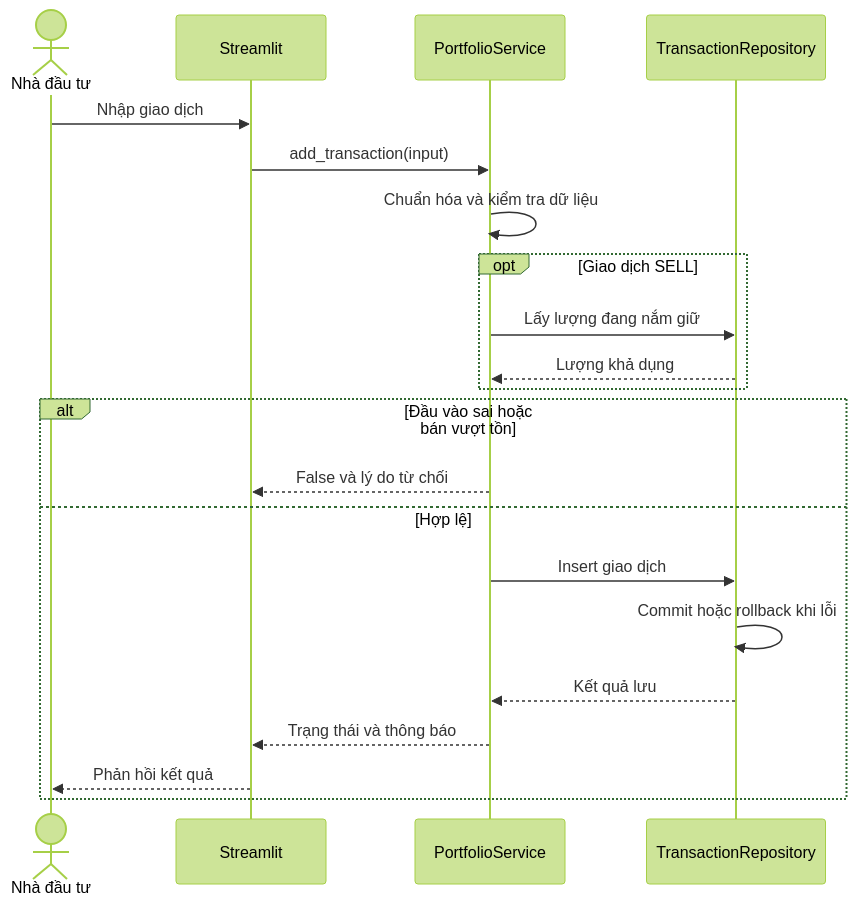
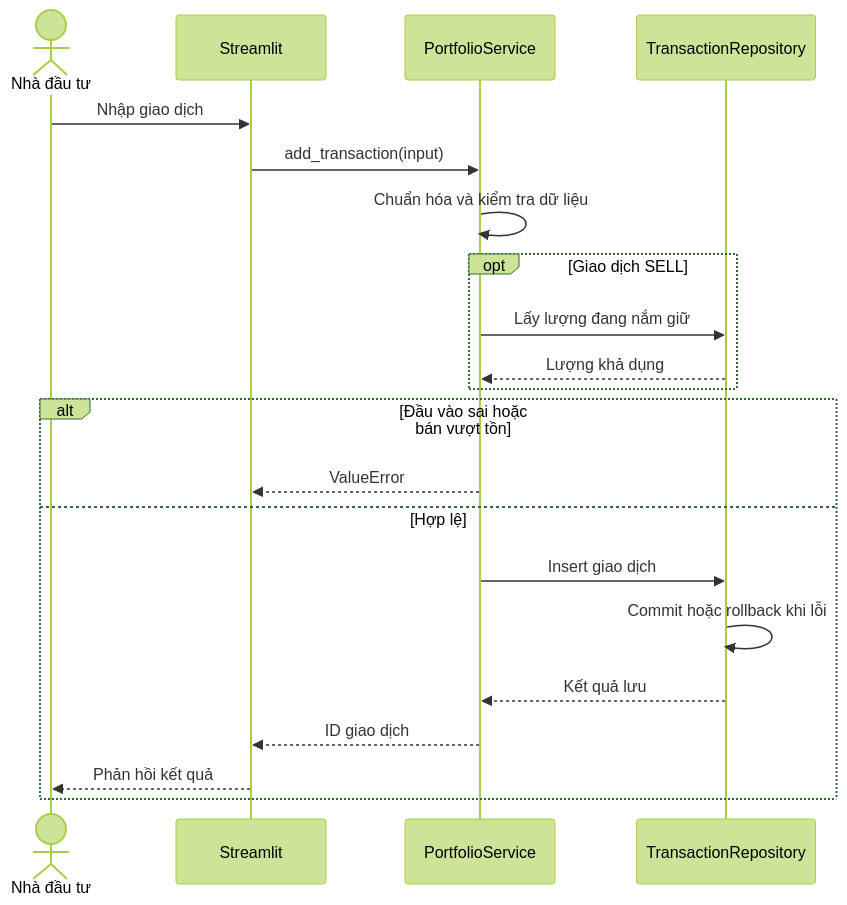
Before and after one commit to hoacangio/python-programming-excercises: the fifth of 7 diagrams in report-theo-doi-chung-khoan/3.phan_tich_thiet_ke.md, drawn with Mermaid (forest theme). The commit also changed other lines of this file and 15 other files, not shown here.

````diff
--- a/report-theo-doi-chung-khoan/3.phan_tich_thiet_ke.md
+++ b/report-theo-doi-chung-khoan/3.phan_tich_thiet_ke.md
@@ -386,23 +382,23 @@
 ```mermaid
 sequenceDiagram
     actor U as Nhà đầu tư
     participant UI as Streamlit
     participant S as PortfolioService
     participant R as TransactionRepository
     U->>UI: Nhập giao dịch
     UI->>S: add_transaction(input)
     S->>S: Chuẩn hóa và kiểm tra dữ liệu
     opt Giao dịch SELL
         S->>R: Lấy lượng đang nắm giữ
         R-->>S: Lượng khả dụng
     end
     alt Đầu vào sai hoặc bán vượt tồn
-        S-->>UI: False và lý do từ chối
+        S-->>UI: ValueError
     else Hợp lệ
         S->>R: Insert giao dịch
         R->>R: Commit hoặc rollback khi lỗi
         R-->>S: Kết quả lưu
-        S-->>UI: Trạng thái và thông báo
+        S-->>UI: ID giao dịch
         UI-->>U: Phản hồi kết quả
     end
 ```
````
